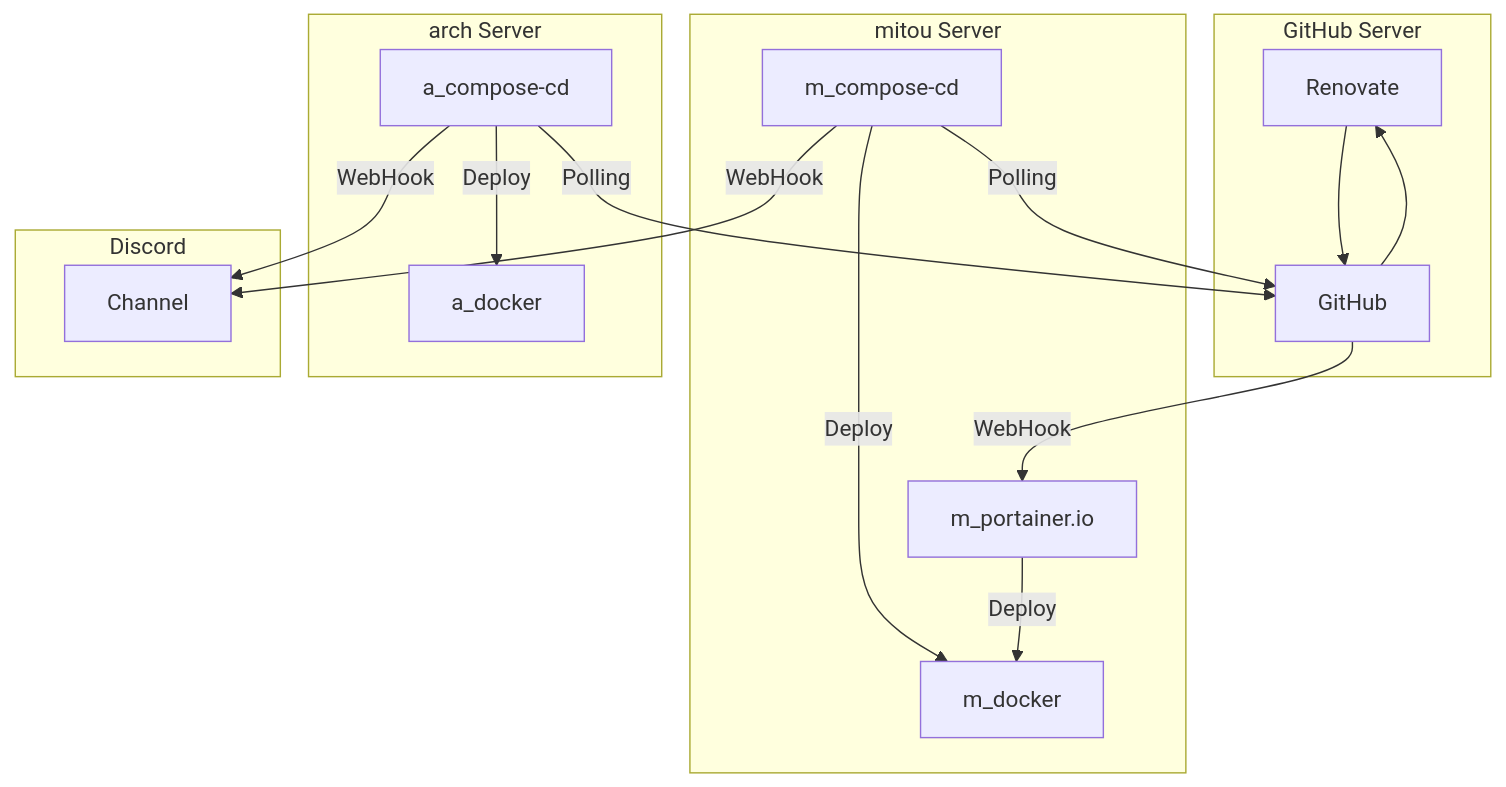
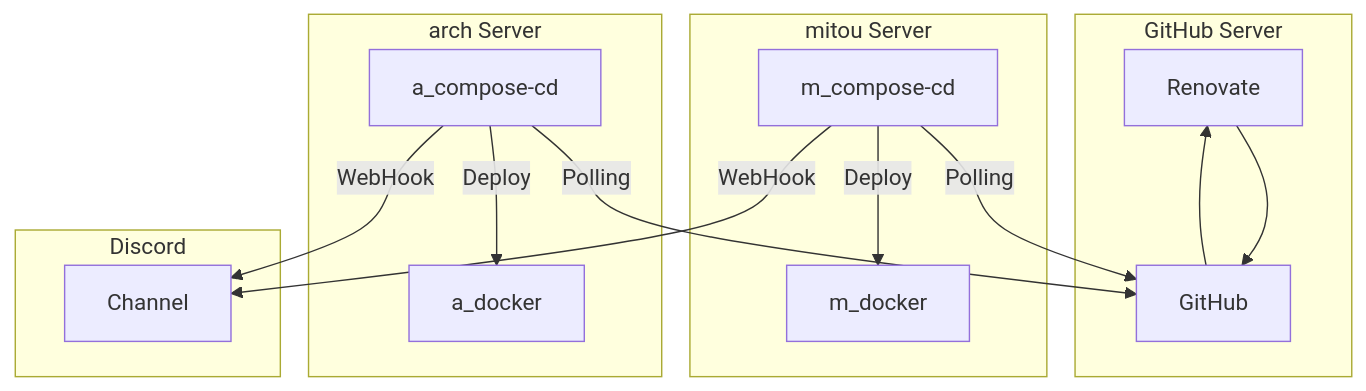
Before and after one commit to yr32infra/.github: the diagram in profile/README.md, drawn with Mermaid.

````diff
--- a/profile/README.md
+++ b/profile/README.md
@@ -5,24 +5,22 @@
 ```mermaid
 graph TD;
     subgraph GitHub Server
     Renovate-->GitHub
     GitHub-->Renovate
     end
     
     subgraph mitou Server
     m_compose-cd--Polling-->GitHub
-    GitHub--WebHook-->m_portainer.io
     m_compose-cd--Deploy-->m_docker
-    m_portainer.io--Deploy-->m_docker
     end
       
     subgraph arch Server
     a_compose-cd--Polling-->GitHub
     a_compose-cd--Deploy-->a_docker
     end
     
     subgraph Discord
     a_compose-cd--WebHook-->Channel
     m_compose-cd--WebHook-->Channel
     end
 ```
````
